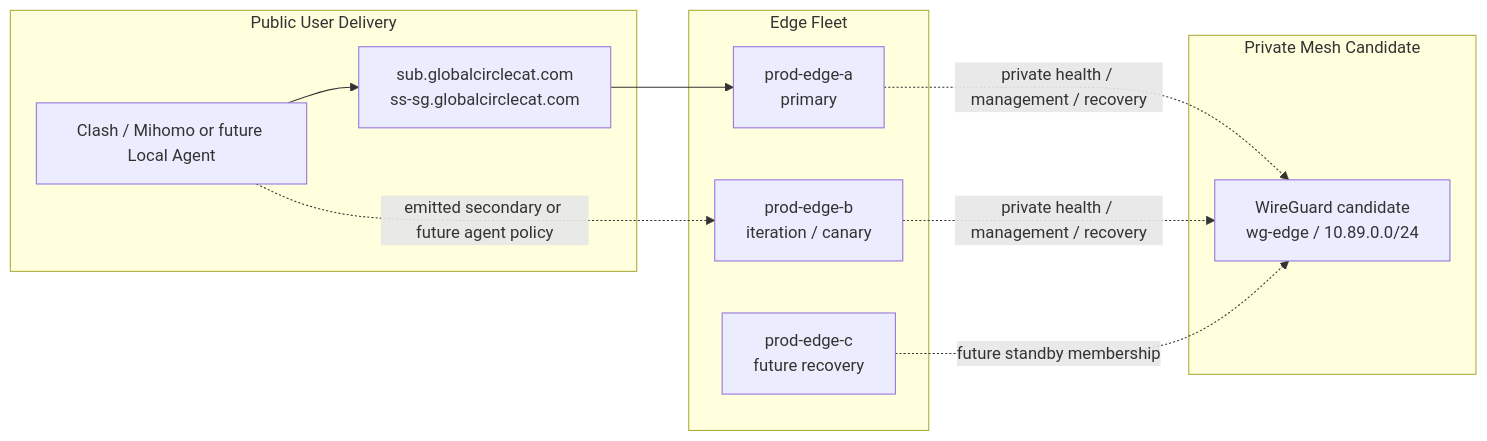
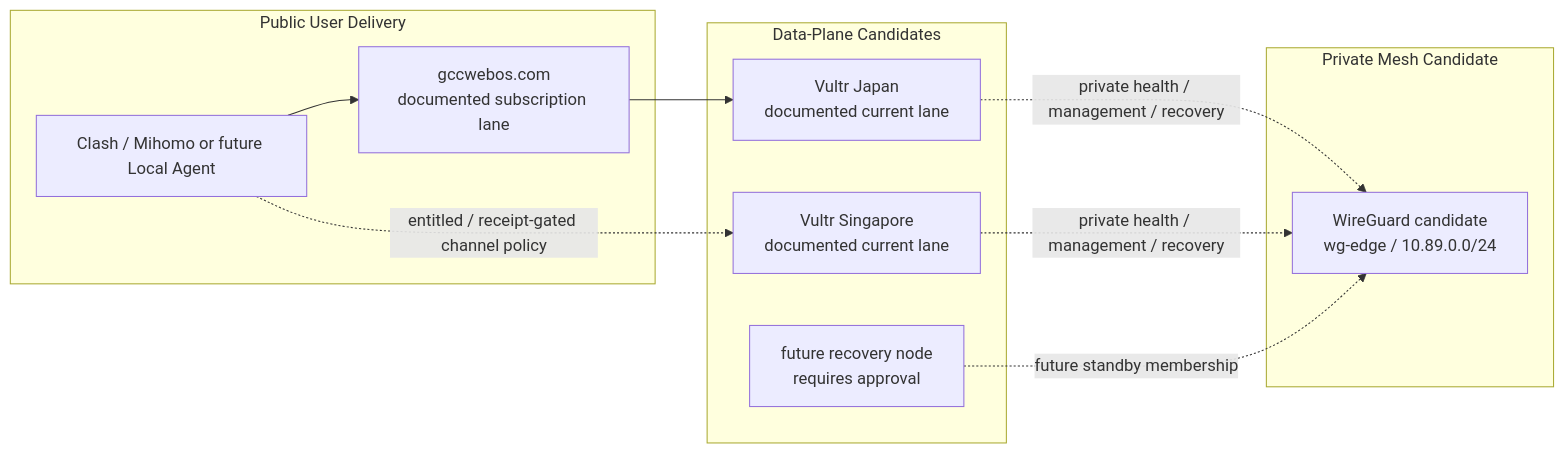
One commit to FlyLink-com/proxy-gateway-minimal changed the sixth of 7 diagrams in docs/PROJECT_TOPOLOGY.md. Above: the diagram before and after it, drawn with Mermaid. The commit also changed other lines of this file and 2 other files, not shown here.

Commit message:
docs: reconcile project topology with Vultr lanes

````diff
--- a/docs/PROJECT_TOPOLOGY.md
+++ b/docs/PROJECT_TOPOLOGY.md
@@ -289,23 +305,23 @@
 ```mermaid
 flowchart LR
   subgraph "Public User Delivery"
-    DNS["sub.globalcirclecat.com\nss-sg.globalcirclecat.com"]
+    DNS["gccwebos.com\ndocumented subscription lane"]
     Users["Clash / Mihomo or future Local Agent"]
   end
 
-  subgraph "Edge Fleet"
-    A["prod-edge-a\nprimary"]
-    B["prod-edge-b\niteration / canary"]
-    C["prod-edge-c\nfuture recovery"]
+  subgraph "Data-Plane Candidates"
+    A["Vultr Japan\ndocumented current lane"]
+    B["Vultr Singapore\ndocumented current lane"]
+    C["future recovery node\nrequires approval"]
   end
 
   subgraph "Private Mesh Candidate"
     WG["WireGuard candidate\nwg-edge / 10.89.0.0/24"]
   end
 
   Users --> DNS --> A
-  Users -.->|"emitted secondary or future agent policy"| B
+  Users -.->|"entitled / receipt-gated channel policy"| B
   A -.->|"private health / management / recovery"| WG
   B -.->|"private health / management / recovery"| WG
   C -.->|"future standby membership"| WG
 ```
````
